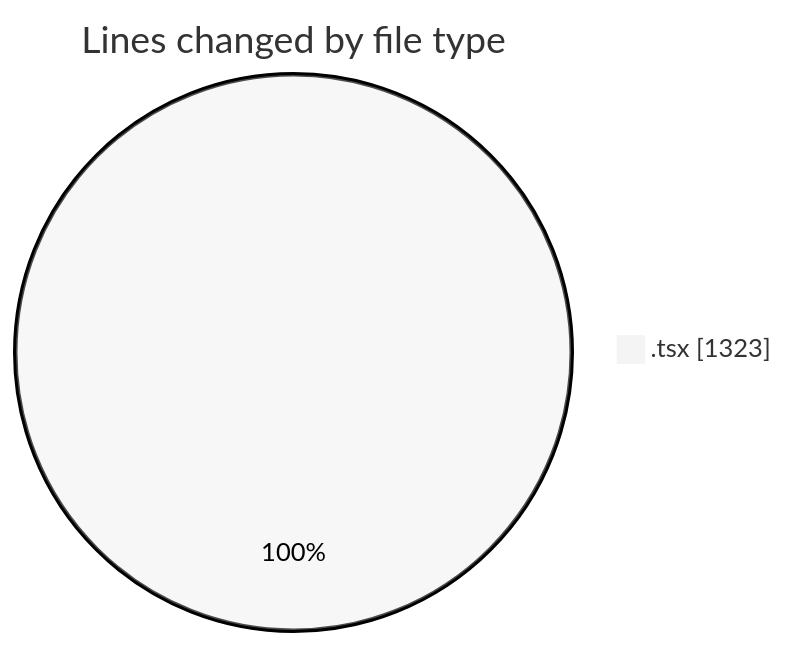
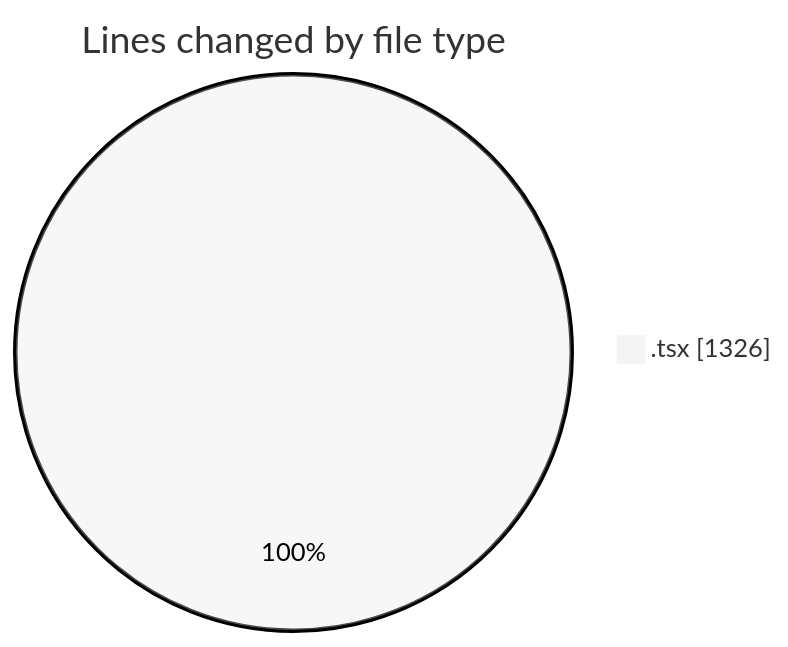
One commit to momahboobian/code-tracking changed the first of 2 diagrams in 2025-09-30/cda/README.md. Above: the diagram before and after it, drawn with Mermaid (neutral theme). The commit also changed other lines of this file and 1 other file, not shown here.

````diff
--- a/2025-09-30/cda/README.md
+++ b/2025-09-30/cda/README.md
@@ -21,5 +21,5 @@
 ```mermaid
 pie showData
 title Lines changed by file type
-".tsx" : 1323
+".tsx" : 1326
 ```
````
